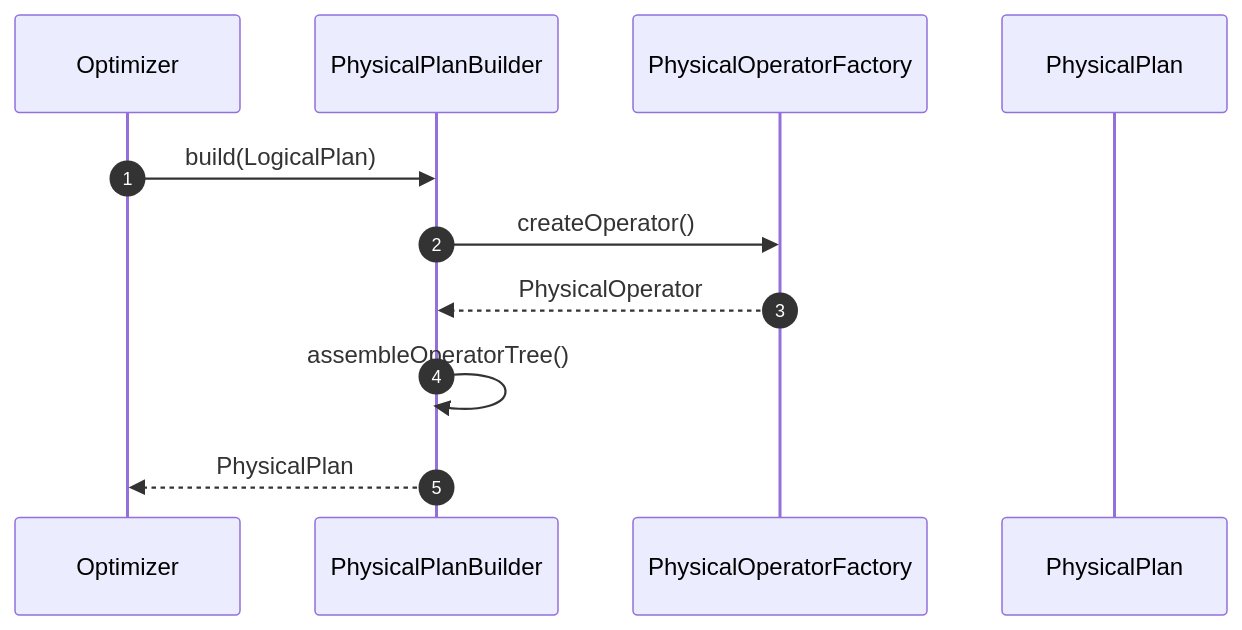
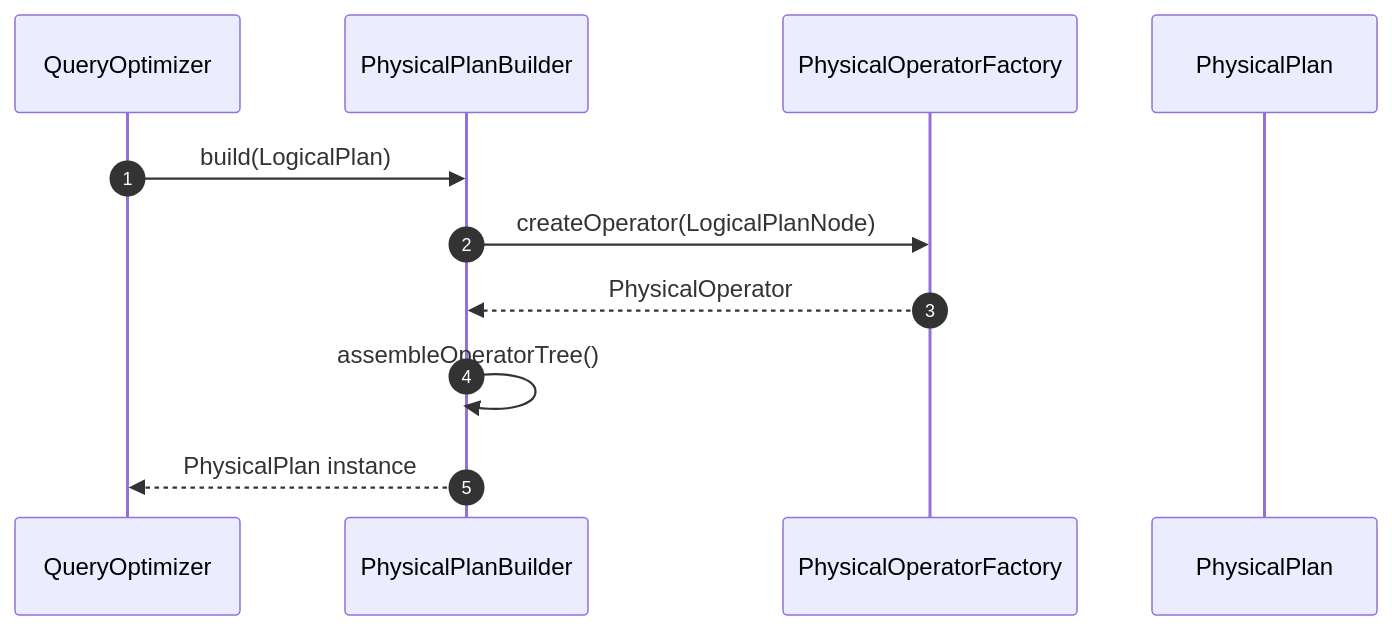
Before and after one commit to Dikhang1112/Database_Management_BBV: diagram 13 of 13 in docs/design_patterns/query_processor/Sequece.md, drawn with Mermaid. The commit also changed other lines of this file and 1 other file, not shown here.

````diff
--- a/docs/design_patterns/query_processor/Sequece.md
+++ b/docs/design_patterns/query_processor/Sequece.md
@@ -252,20 +371,14 @@
 ```mermaid
 sequenceDiagram
-
     autonumber
-
-    participant Optimizer
+    participant Optimizer as QueryOptimizer
     participant Builder as PhysicalPlanBuilder
     participant Factory as PhysicalOperatorFactory
-    participant PhysicalPlan
+    participant PP as PhysicalPlan
 
     Optimizer->>Builder: build(LogicalPlan)
-
-    Builder->>Factory: createOperator()
-
+    Builder->>Factory: createOperator(LogicalPlanNode)
     Factory-->>Builder: PhysicalOperator
-
     Builder->>Builder: assembleOperatorTree()
-
-    Builder-->>Optimizer: PhysicalPlan
+    Builder-->>Optimizer: PhysicalPlan instance
 ```
````
